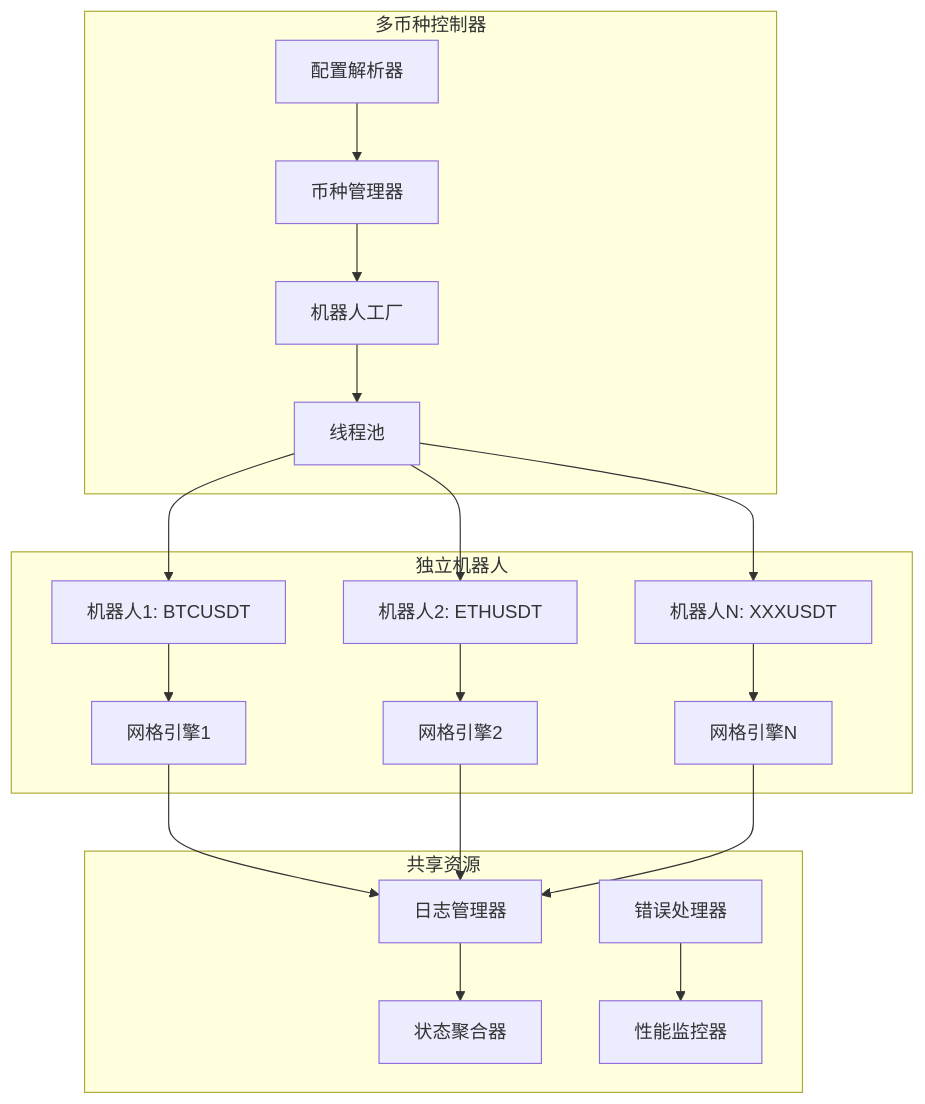
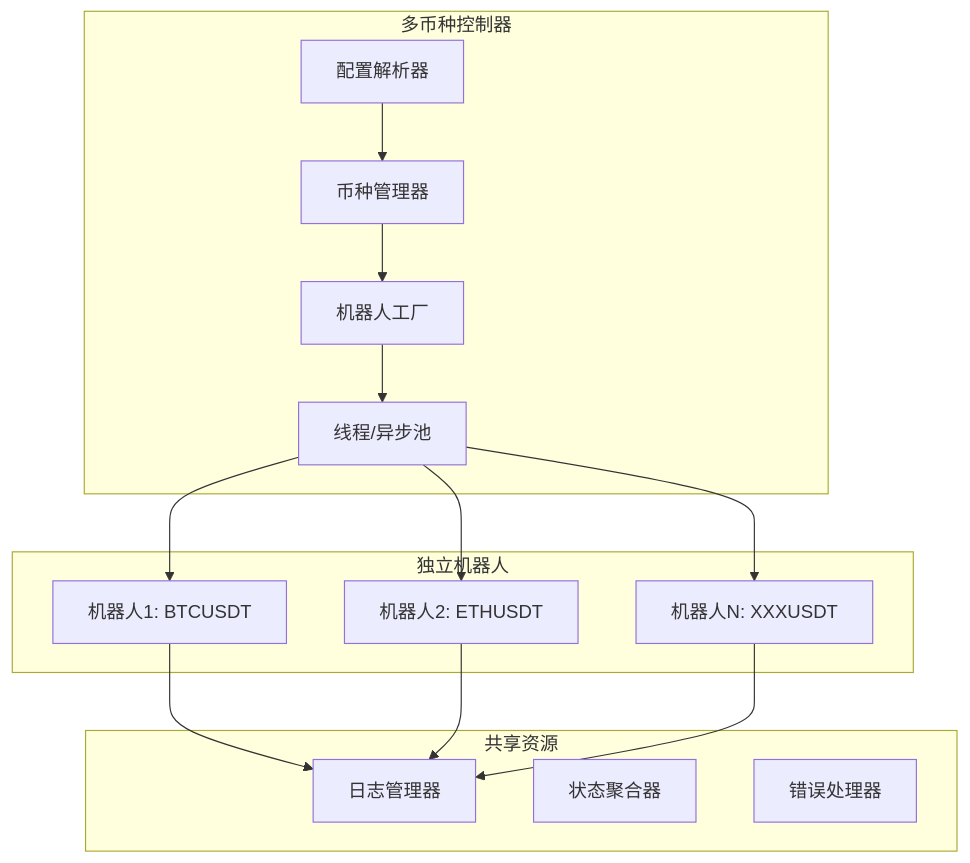
The third of 4 diagrams in docs/README_ZN.md (aoooeg/AS-Grid), drawn with Mermaid before and after one commit. The commit also changed other lines of this file and 1 other file, not shown here.

Commit message:
Optimize Mermaid diagrams: improve readability and structure

````diff
--- a/docs/README_ZN.md
+++ b/docs/README_ZN.md
@@ -121,26 +129,25 @@
 ```mermaid
-graph TB
-    subgraph "多币种控制器"
+flowchart TB
+    subgraph Controller["多币种控制器"]
         A2[配置解析器] --> B2[币种管理器]
         B2 --> C2[机器人工厂]
-        C2 --> D2[线程池]
+        C2 --> D2[线程/异步池]
     end
-    
-    subgraph "独立机器人"
-        E2[机器人1: BTCUSDT] --> F2[网格引擎1]
-        G2[机器人2: ETHUSDT] --> H2[网格引擎2]
-        I2[机器人N: XXXUSDT] --> J2[网格引擎N]
+
+    subgraph Bots["独立机器人"]
+        E2[机器人1: BTCUSDT]
+        F2[机器人2: ETHUSDT]
+        G2[机器人N: XXXUSDT]
     end
-    
-    subgraph "共享资源"
-        K2[日志管理器] --> L2[状态聚合器]
-        M2[错误处理器] --> N2[性能监控器]
+
+    subgraph Shared["共享资源"]
+        H2[日志管理器]
+        I2[状态聚合器]
+        J2[错误处理器]
     end
-    
-    D2 --> E2
-    D2 --> G2
-    D2 --> I2
-    F2 --> K2
-    H2 --> K2
-    J2 --> K2
+
+    D2 --> E2 & F2 & G2
+    E2 --> H2
+    F2 --> H2
+    G2 --> H2
 ```
````
